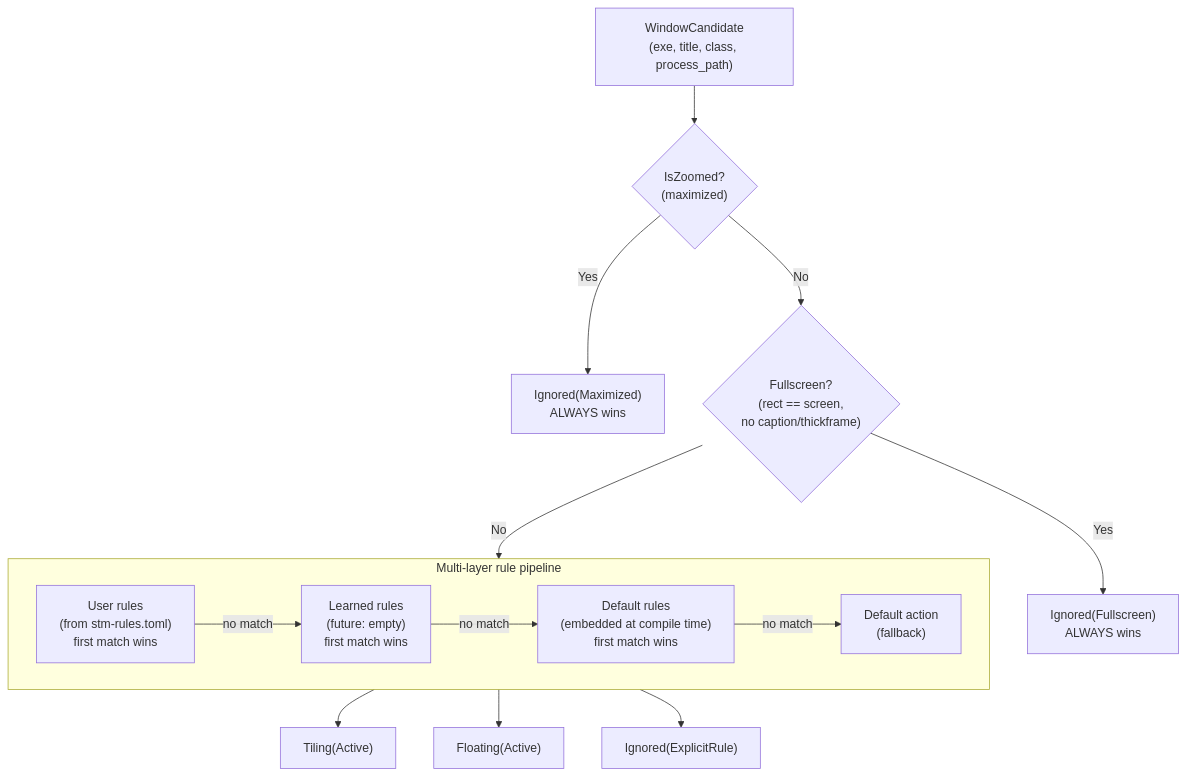
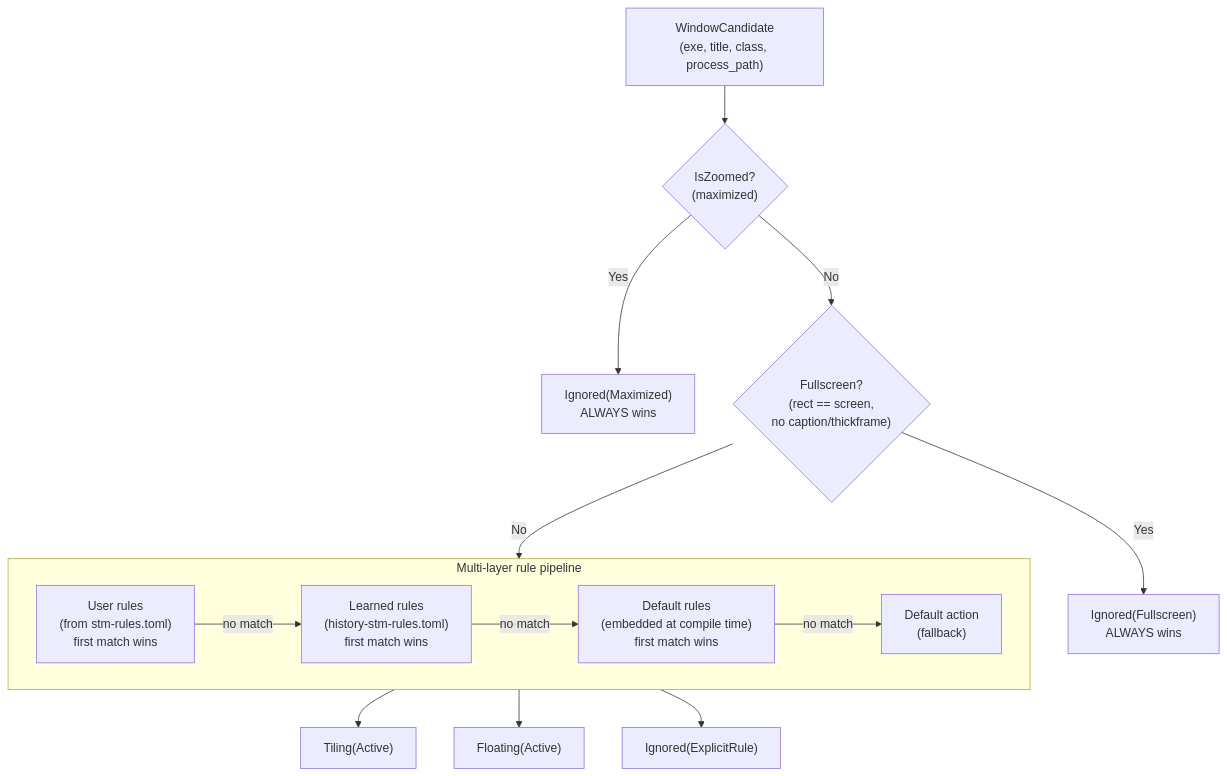
The fourth of 4 diagrams in docs/src/dev-guide/window-registry.md (CCpcalvin/flow-wm), drawn with Mermaid before and after one commit. The commit also changed 14 other files, not shown here.

````diff
--- a/docs/src/dev-guide/window-registry.md
+++ b/docs/src/dev-guide/window-registry.md
@@ -186,22 +186,22 @@
 ```mermaid
 flowchart TB
     C["WindowCandidate<br/>(exe, title, class, process_path)"] --> MAX{"IsZoomed?<br/>(maximized)"}
     MAX -- Yes --> IGMAX["Ignored(Maximized)<br/>ALWAYS wins"]
     MAX -- No --> FS{"Fullscreen?<br/>(rect == screen,<br/>no caption/thickframe)"}
     FS -- Yes --> IGFS["Ignored(Fullscreen)<br/>ALWAYS wins"]
     FS -- No --> PIPE["ClassificationPipeline"]
 
     subgraph PIPE["Multi-layer rule pipeline"]
         UR["User rules<br/>(from stm-rules.toml)<br/>first match wins"]
-        LR["Learned rules<br/>(future: empty)<br/>first match wins"]
+        LR["Learned rules<br/>(history-stm-rules.toml)<br/>first match wins"]
         DR["Default rules<br/>(embedded at compile time)<br/>first match wins"]
         FALL["Default action<br/>(fallback)"]
         UR -- no match --> LR
         LR -- no match --> DR
         DR -- no match --> FALL
     end
 
     PIPE --> T["Tiling(Active)"]
     PIPE --> FL["Floating(Active)"]
     PIPE --> IGX["Ignored(ExplicitRule)"]
 ```
````
